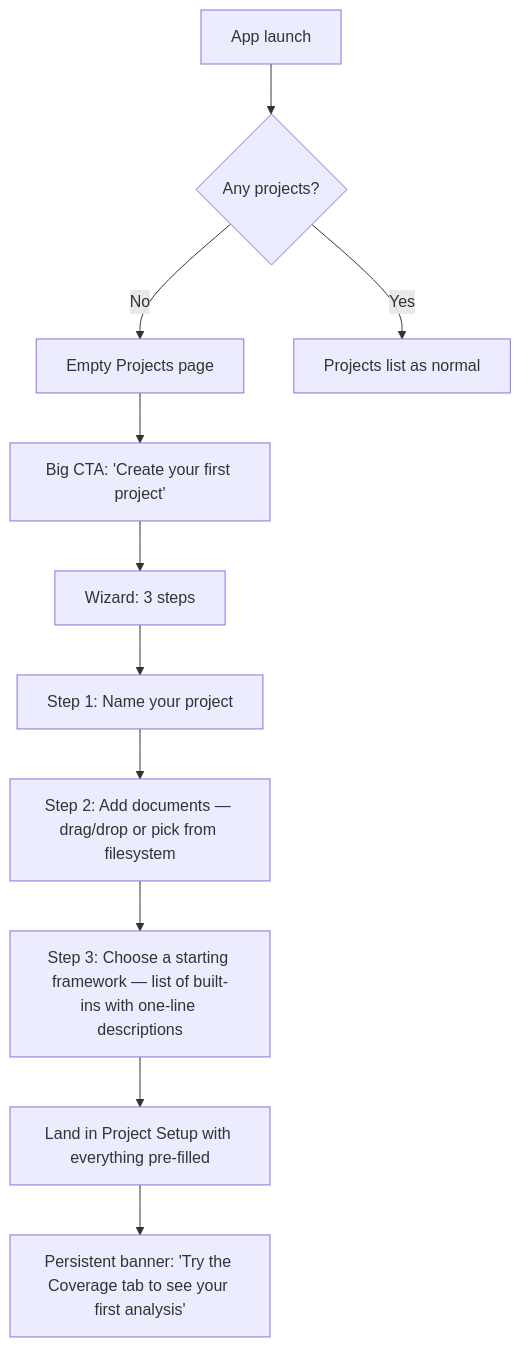
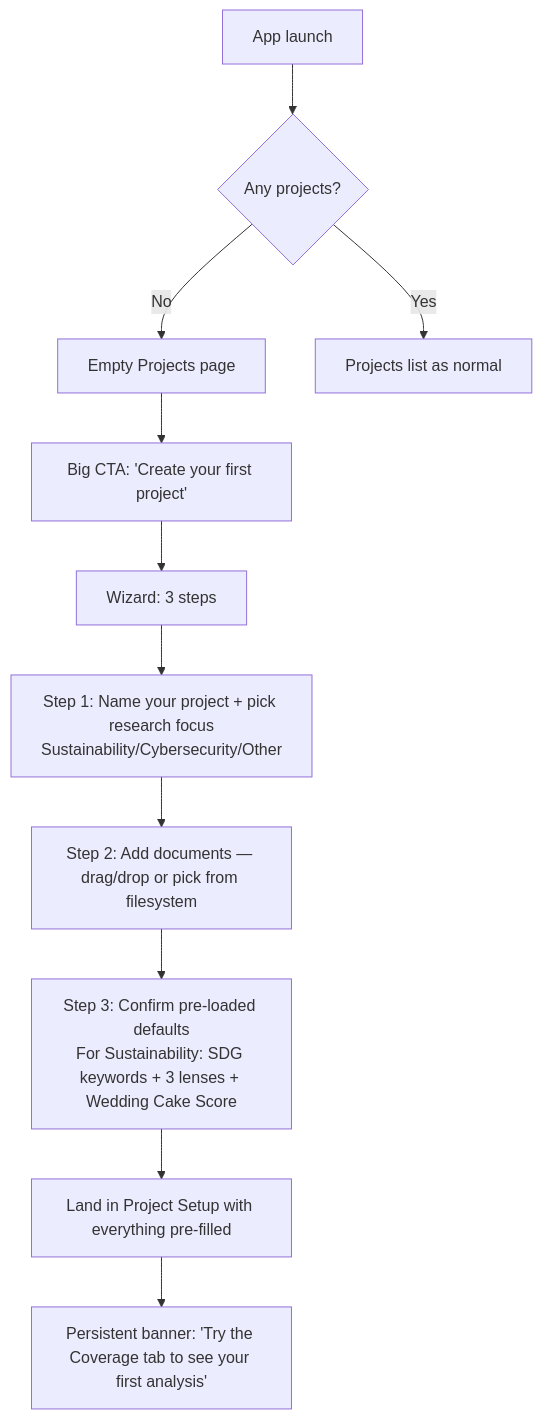
One commit to michael-borck/document-lens changed the second of 2 diagrams in docs/design/information-architecture.md. Above: the diagram before and after it, drawn with Mermaid. The commit also changed other lines of this file, not shown here.

````diff
--- a/docs/design/information-architecture.md
+++ b/docs/design/information-architecture.md
@@ -425,13 +513,13 @@
 ```mermaid
 graph TD
     A[App launch] --> B{Any projects?}
     B -->|No| C[Empty Projects page]
     C --> D[Big CTA: 'Create your first project']
     D --> E[Wizard: 3 steps]
-    E --> F1[Step 1: Name your project]
+    E --> F1[Step 1: Name your project + pick research focus<br/>Sustainability/Cybersecurity/Other]
     F1 --> F2[Step 2: Add documents — drag/drop or pick from filesystem]
-    F2 --> F3[Step 3: Choose a starting framework — list of built-ins with one-line descriptions]
+    F2 --> F3[Step 3: Confirm pre-loaded defaults<br/>For Sustainability: SDG keywords + 3 lenses + Wedding Cake Score]
     F3 --> G[Land in Project Setup with everything pre-filled]
     G --> H[Persistent banner: 'Try the Coverage tab to see your first analysis']
     B -->|Yes| I[Projects list as normal]
 ```
````
